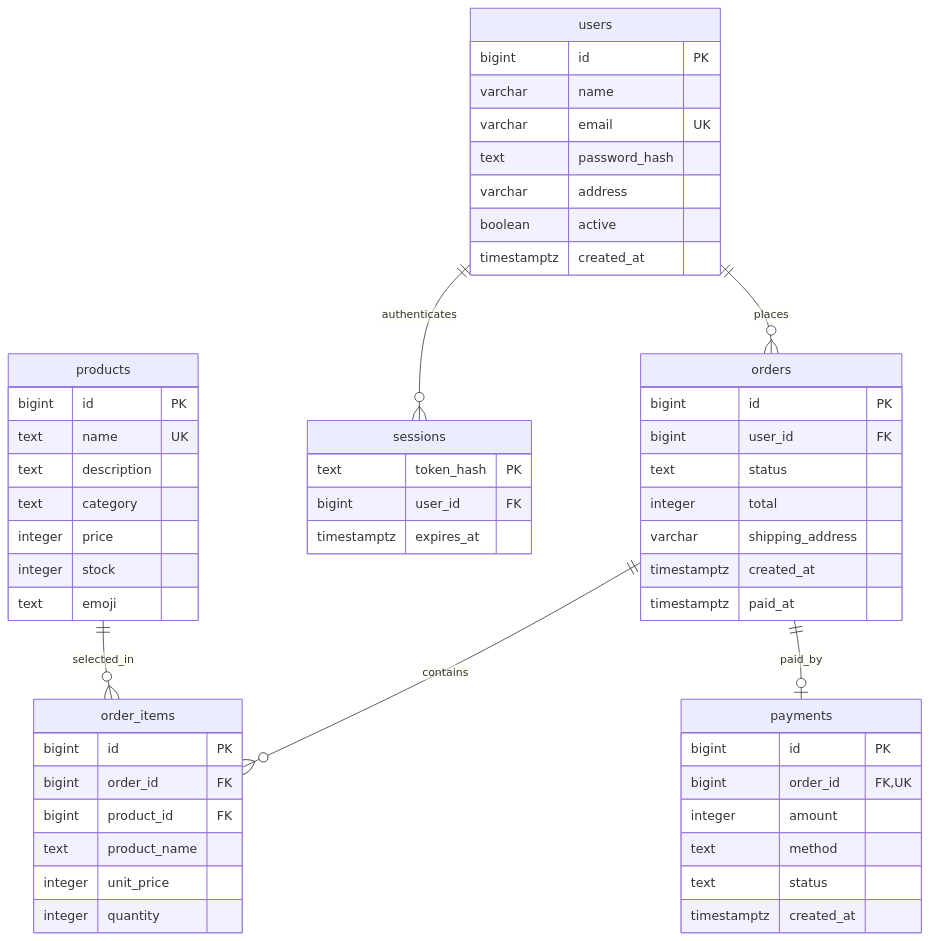
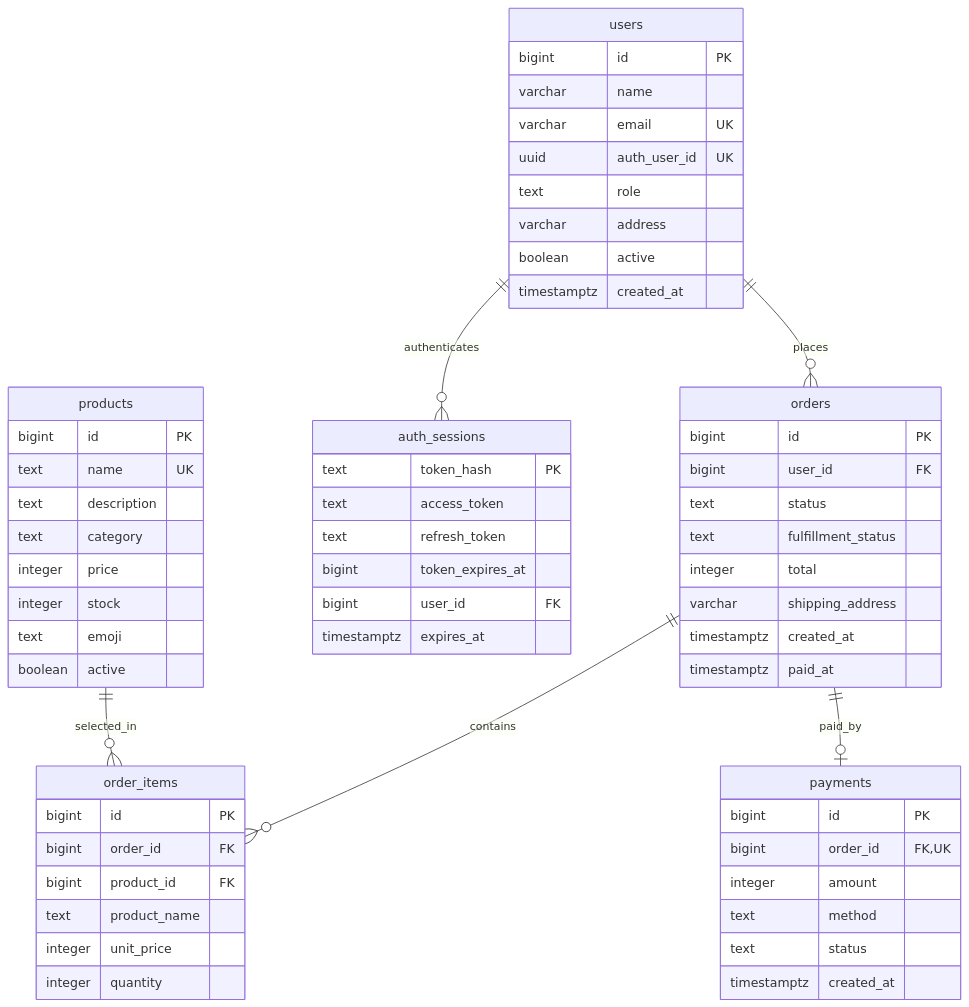
Before and after one commit to mj-git-memory/aio4_class_git: the diagram in day12/shoppingmall/ERD.mmd, drawn with Mermaid. The commit also changed 299 other files, not shown here.

```diff
--- a/day12/shoppingmall/ERD.mmd
+++ b/day12/shoppingmall/ERD.mmd
@@ -1,55 +1,61 @@
 erDiagram
     users ||--o{ orders : places
-    users ||--o{ sessions : authenticates
+    users ||--o{ auth_sessions : authenticates
     orders ||--o{ order_items : contains
     products ||--o{ order_items : selected_in
     orders ||--o| payments : paid_by
 
     users {
         bigint id PK
         varchar name
         varchar email UK
-        text password_hash
+        uuid auth_user_id UK
+        text role
         varchar address
         boolean active
         timestamptz created_at
     }
     products {
         bigint id PK
         text name UK
         text description
         text category
         integer price
         integer stock
         text emoji
+        boolean active
     }
     orders {
         bigint id PK
         bigint user_id FK
         text status
+        text fulfillment_status
         integer total
         varchar shipping_address
         timestamptz created_at
         timestamptz paid_at
     }
     order_items {
         bigint id PK
         bigint order_id FK
         bigint product_id FK
         text product_name
         integer unit_price
         integer quantity
     }
     payments {
         bigint id PK
         bigint order_id FK, UK
         integer amount
         text method
         text status
         timestamptz created_at
     }
-    sessions {
+    auth_sessions {
         text token_hash PK
+        text access_token
+        text refresh_token
+        bigint token_expires_at
         bigint user_id FK
         timestamptz expires_at
     }
```
